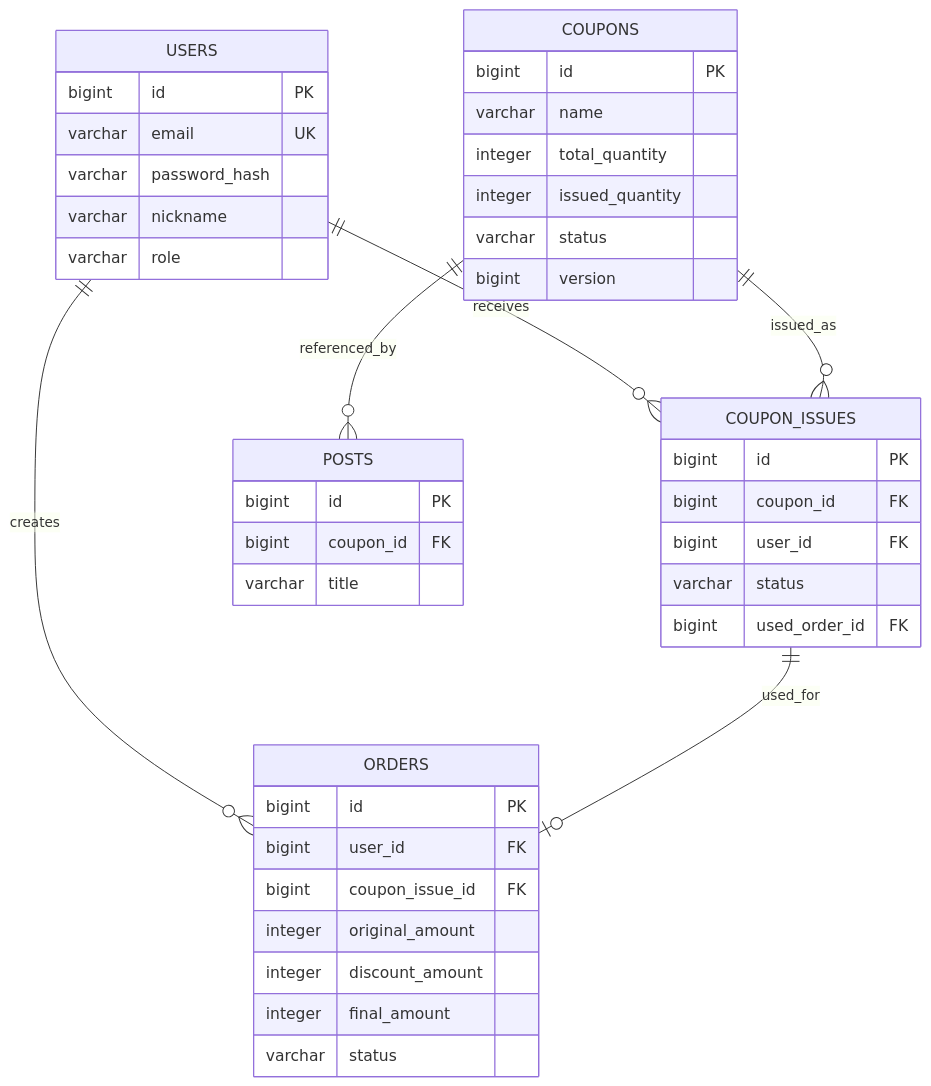
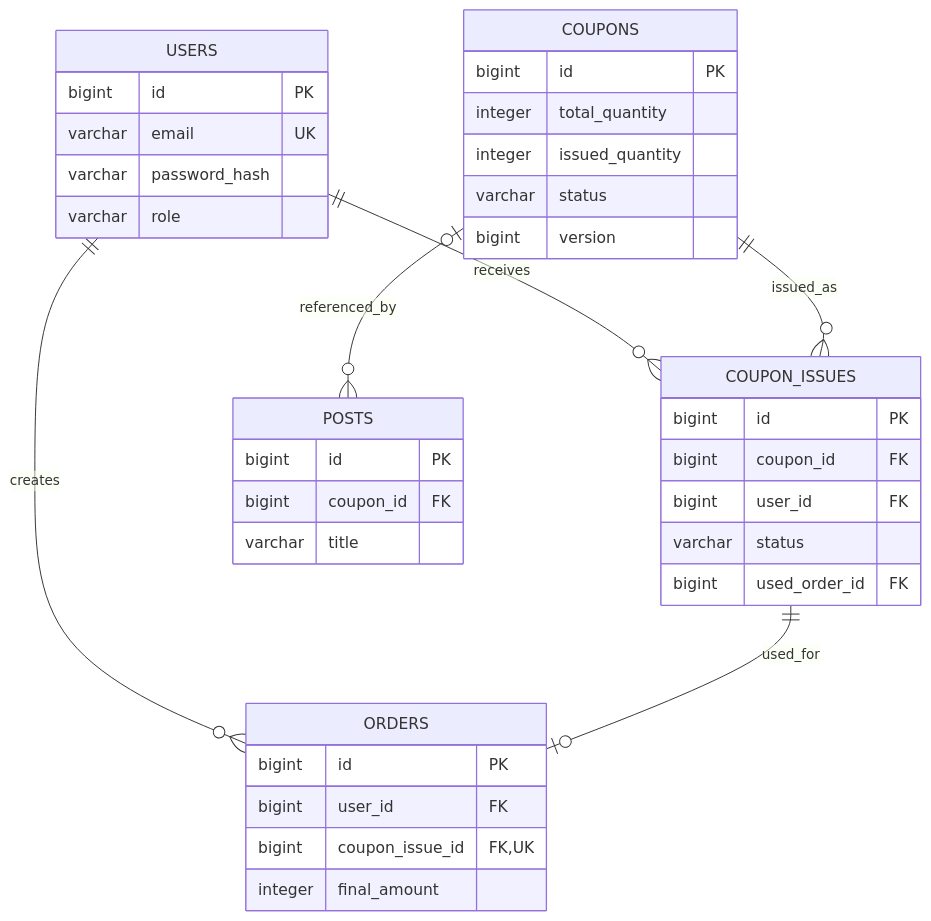
One commit to seo-ju-yeon/coupon-rush changed the second of 2 diagrams in README.md. Above: the diagram before and after it, drawn with Mermaid. The commit also changed other lines of this file and 2 other files, not shown here.

````diff
--- a/README.md
+++ b/README.md
@@ -99,45 +82,40 @@
 ```mermaid
 erDiagram
     USERS ||--o{ COUPON_ISSUES : receives
     USERS ||--o{ ORDERS : creates
     COUPONS ||--o{ COUPON_ISSUES : issued_as
-    COUPONS ||--o{ POSTS : referenced_by
+    COUPONS |o--o{ POSTS : referenced_by
     COUPON_ISSUES ||--o| ORDERS : used_for
 
     USERS {
         bigint id PK
         varchar email UK
         varchar password_hash
-        varchar nickname
         varchar role
     }
     COUPONS {
         bigint id PK
-        varchar name
         integer total_quantity
         integer issued_quantity
         varchar status
         bigint version
     }
     COUPON_ISSUES {
         bigint id PK
         bigint coupon_id FK
         bigint user_id FK
         varchar status
         bigint used_order_id FK
     }
     ORDERS {
         bigint id PK
         bigint user_id FK
-        bigint coupon_issue_id FK
-        integer original_amount
-        integer discount_amount
+        bigint coupon_issue_id FK, UK
         integer final_amount
-        varchar status
     }
     POSTS {
         bigint id PK
         bigint coupon_id FK
         varchar title
     }
 ```
````
